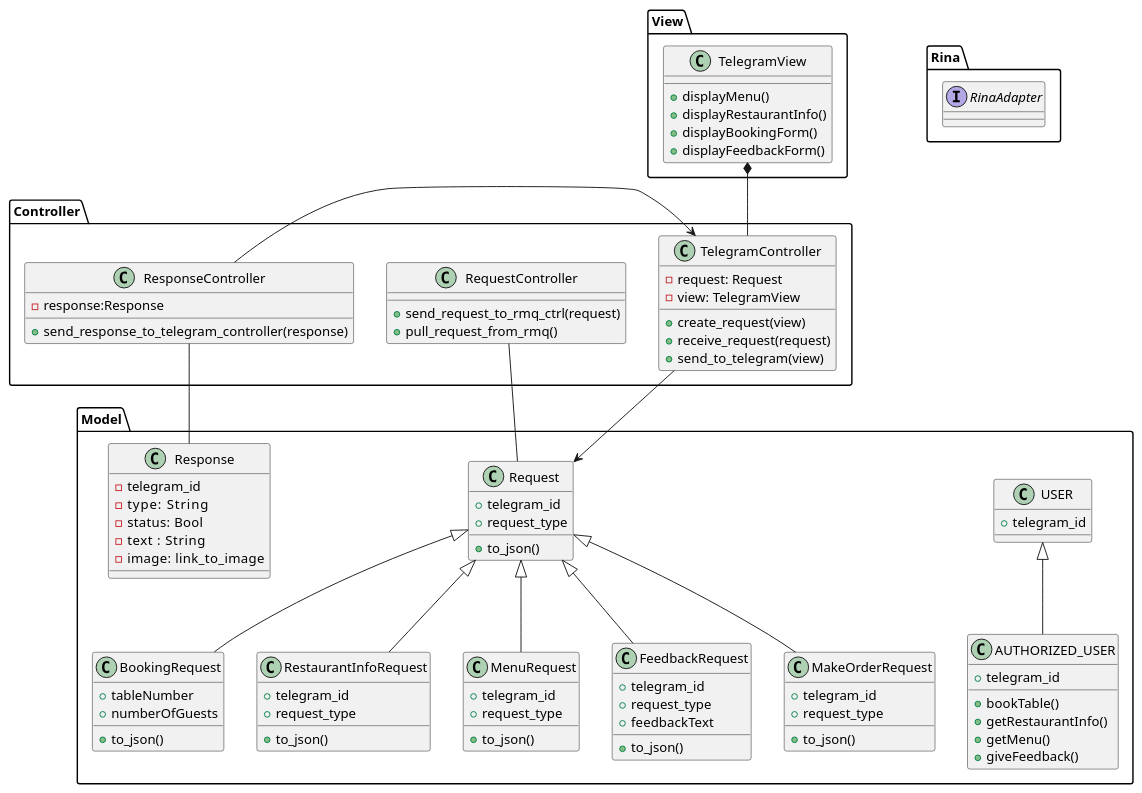
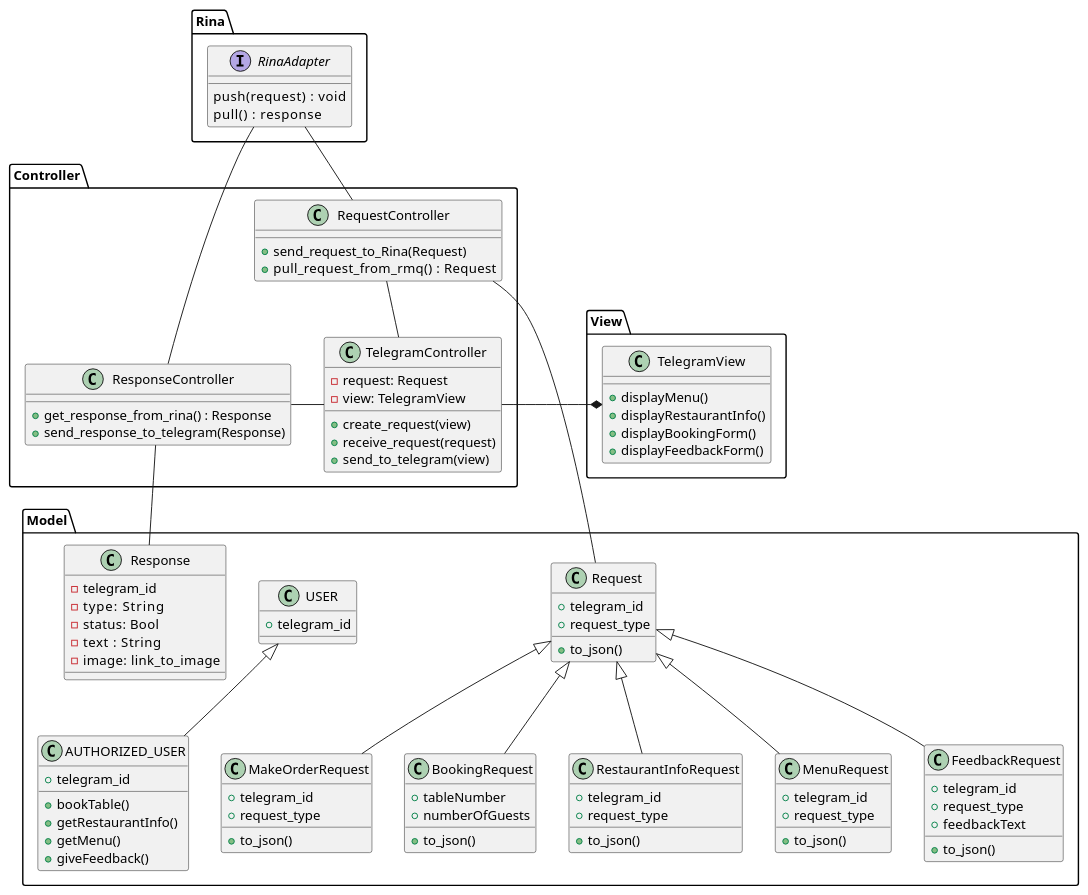
The diagram in diagrams/class_diagram.puml (limpwinter/rina_connector), drawn with PlantUML before and after one commit. The commit also changed 1 other file, not shown here.

Commit message:
Added Rina to class diagram, updated image of class diagram

```diff
--- a/diagrams/class_diagram.puml
+++ b/diagrams/class_diagram.puml
@@ -1,125 +1,130 @@
 @startuml
 
 
 package "Model" {
 
 'class RabbitMQ{
 '-Producer
 '-Consumer
 '}
 class USER {
   +telegram_id
 }
 
 class AUTHORIZED_USER {
   +telegram_id
   +bookTable()
   +getRestaurantInfo()
   +getMenu()
   +giveFeedback()
 }
   class Response{
   -telegram_id
   -type:    String
   -status:  Bool
   -text :   String
   -image:   link_to_image
 
 
   }
 
   class Request {
     +telegram_id
     +request_type
     +to_json()
   }
   class MakeOrderRequest{
   +telegram_id
     +request_type
     +to_json()
   }
 
   class BookingRequest {
 
     +tableNumber
     +numberOfGuests
      +to_json()
   }
 
   class RestaurantInfoRequest {
     +telegram_id
     +request_type
      +to_json()
   }
 
   class MenuRequest {
     +telegram_id
     +request_type
      +to_json()
   }
 
   class FeedbackRequest {
     +telegram_id
     +request_type
     +feedbackText
      +to_json()
   }
 
-  Request <|-- BookingRequest
-  Request <|-- MakeOrderRequest
 
-  Request <|-- RestaurantInfoRequest
-  Request <|-- MenuRequest
-  Request <|-- FeedbackRequest
 }
 
 package "View" {
   class TelegramView {
     +displayMenu()
     +displayRestaurantInfo()
     +displayBookingForm()
     +displayFeedbackForm()
   }
 }
 
 package Rina {
 interface RinaAdapter{
-
+push(request)  :   void
+pull()  :   response
 }
 
 }
 package "Controller" {
 
 '  class RMQController{
 '  +send_request_to_rmq()
 '  }
   class ResponseController{
-  -response:Response
 '  +receive_response_from_rmq()
-  +send_response_to_telegram_controller(response)
+  +get_response_from_rina() : Response
+  +send_response_to_telegram(Response)
   }
   class RequestController{
 '  -request:Request
-  +send_request_to_rmq_ctrl(request)
-  +pull_request_from_rmq()
+  +send_request_to_Rina(Request)
+  +pull_request_from_rmq()  :   Request
   }
   class TelegramController {
     -request: Request
     -view: TelegramView
 
     +create_request(view)
     +receive_request(request)
     +send_to_telegram(view)
   }
 }
+Request <|-- BookingRequest
+Request <|-- MakeOrderRequest
 
-
-ResponseController -> TelegramController
+Request <|-- RestaurantInfoRequest
+Request <|-- MenuRequest
+Request <|-- FeedbackRequest
+'TelegramView *--
+TelegramController -right-* TelegramView
+'ResponseController -> TelegramController
+RinaAdapter -- RequestController
+RinaAdapter -- ResponseController
+ResponseController - TelegramController
+RequestController -- TelegramController
 ResponseController -- Response
-RequestController -- Request
+RequestController - Request
 USER <|-- AUTHORIZED_USER
-TelegramView *-- TelegramController
-TelegramController --> Request
+'TelegramController --> Request
 'RMQController --> RabbitMQ
 
 @enduml
```
